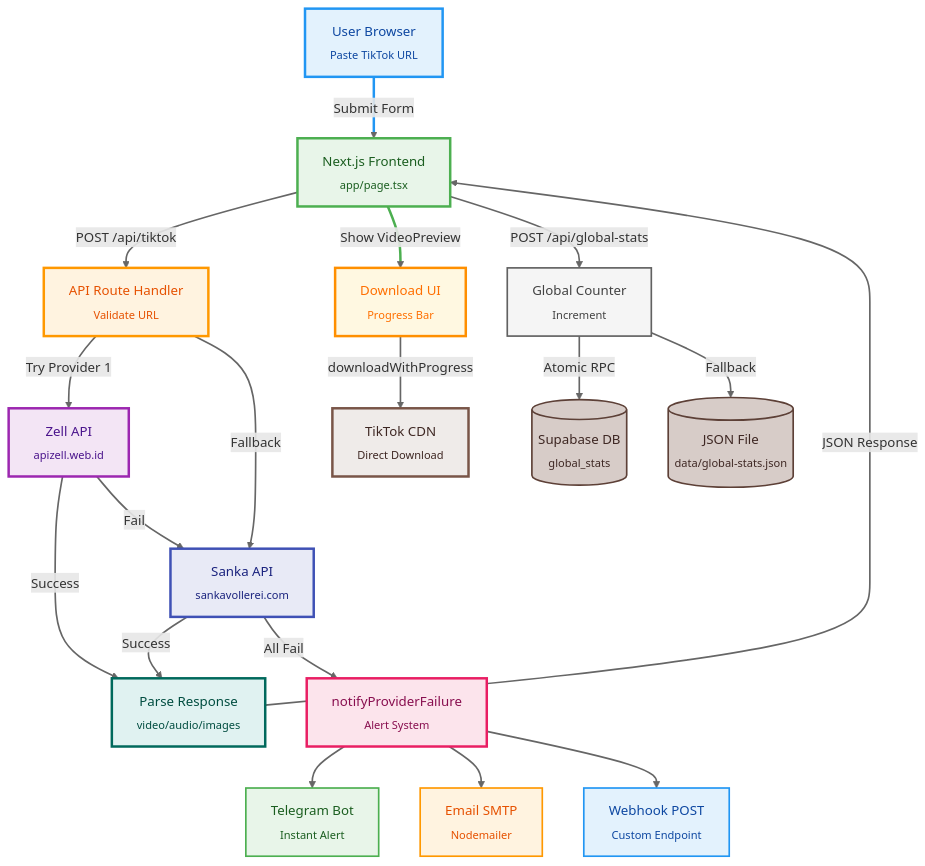
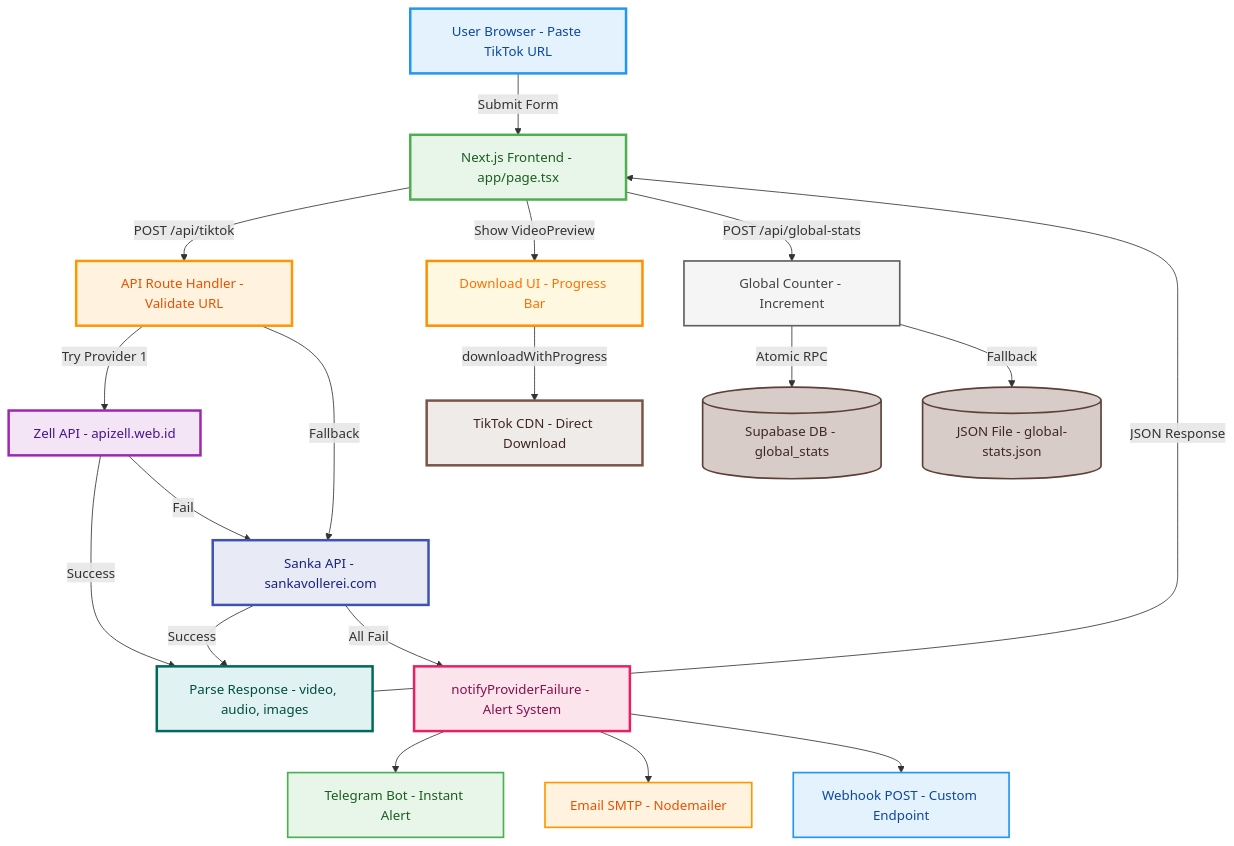
One commit to jundy779/FusionTik changed the first of 6 diagrams in README.md. Above: the diagram before and after it, drawn with Mermaid. The commit also changed other lines of this file, not shown here.

First line of the commit message:
fix: fix all Mermaid diagram syntax errors for GitHub rendering

````diff
--- a/README.md
+++ b/README.md
@@ -63,40 +63,36 @@
 ```mermaid
 graph TD
-    A[User Browser<br/><sub>Paste TikTok URL</sub>] -->|Submit Form| B[Next.js Frontend<br/><sub>app/page.tsx</sub>]
-    B -->|POST /api/tiktok| C[API Route Handler<br/><sub>Validate URL</sub>]
-    C -->|Try Provider 1| D[Zell API<br/><sub>apizell.web.id</sub>]
-    C -->|Fallback| E[Sanka API<br/><sub>sankavollerei.com</sub>]
-    D -->|Success| F[Parse Response<br/><sub>video/audio/images</sub>]
+    A["User Browser - Paste TikTok URL"] -->|Submit Form| B["Next.js Frontend - app/page.tsx"]
+    B -->|POST /api/tiktok| C["API Route Handler - Validate URL"]
+    C -->|Try Provider 1| D["Zell API - apizell.web.id"]
+    C -->|Fallback| E["Sanka API - sankavollerei.com"]
+    D -->|Success| F["Parse Response - video, audio, images"]
     E -->|Success| F
     D -->|Fail| E
-    E -->|All Fail| G[notifyProviderFailure<br/><sub>Alert System</sub>]
-    G --> H[Telegram Bot<br/><sub>Instant Alert</sub>]
-    G --> I[Email SMTP<br/><sub>Nodemailer</sub>]
-    G --> J[Webhook POST<br/><sub>Custom Endpoint</sub>]
+    E -->|All Fail| G["notifyProviderFailure - Alert System"]
+    G --> H["Telegram Bot - Instant Alert"]
+    G --> I["Email SMTP - Nodemailer"]
+    G --> J["Webhook POST - Custom Endpoint"]
     F -->|JSON Response| B
-    B -->|Show VideoPreview| K[Download UI<br/><sub>Progress Bar</sub>]
-    K -->|downloadWithProgress| L[TikTok CDN<br/><sub>Direct Download</sub>]
-    B -->|POST /api/global-stats| M[Global Counter<br/><sub>Increment</sub>]
-    M -->|Atomic RPC| N[(Supabase DB<br/><sub>global_stats</sub>)]
-    M -->|Fallback| O[(JSON File<br/><sub>data/global-stats.json</sub>)]
+    B -->|Show VideoPreview| K["Download UI - Progress Bar"]
+    K -->|downloadWithProgress| L["TikTok CDN - Direct Download"]
+    B -->|POST /api/global-stats| M["Global Counter - Increment"]
+    M -->|Atomic RPC| N[("Supabase DB - global_stats")]
+    M -->|Fallback| O[("JSON File - global-stats.json")]
 
     style A fill:#e3f2fd,stroke:#2196f3,stroke-width:3px,color:#0d47a1
     style B fill:#e8f5e9,stroke:#4caf50,stroke-width:3px,color:#1b5e20
     style C fill:#fff3e0,stroke:#ff9800,stroke-width:3px,color:#e65100
     style D fill:#f3e5f5,stroke:#9c27b0,stroke-width:3px,color:#4a148c
     style E fill:#e8eaf6,stroke:#3f51b5,stroke-width:3px,color:#1a237e
     style F fill:#e0f2f1,stroke:#00695c,stroke-width:3px,color:#004d40
     style G fill:#fce4ec,stroke:#e91e63,stroke-width:3px,color:#880e4f
     style H fill:#e8f5e9,stroke:#4caf50,stroke-width:2px,color:#1b5e20
     style I fill:#fff3e0,stroke:#ff9800,stroke-width:2px,color:#e65100
     style J fill:#e3f2fd,stroke:#2196f3,stroke-width:2px,color:#0d47a1
     style K fill:#fff8e1,stroke:#ff8f00,stroke-width:3px,color:#ff6f00
     style L fill:#efebe9,stroke:#795548,stroke-width:3px,color:#3e2723
     style M fill:#f5f5f5,stroke:#616161,stroke-width:2px,color:#424242
     style N fill:#d7ccc8,stroke:#5d4037,stroke-width:2px,color:#3e2723
     style O fill:#d7ccc8,stroke:#5d4037,stroke-width:2px,color:#3e2723
-
-    linkStyle default stroke:#666,stroke-width:2px
-    linkStyle 0 stroke:#2196f3,stroke-width:3px
-    linkStyle 12 stroke:#4caf50,stroke-width:3px
 ```
````
